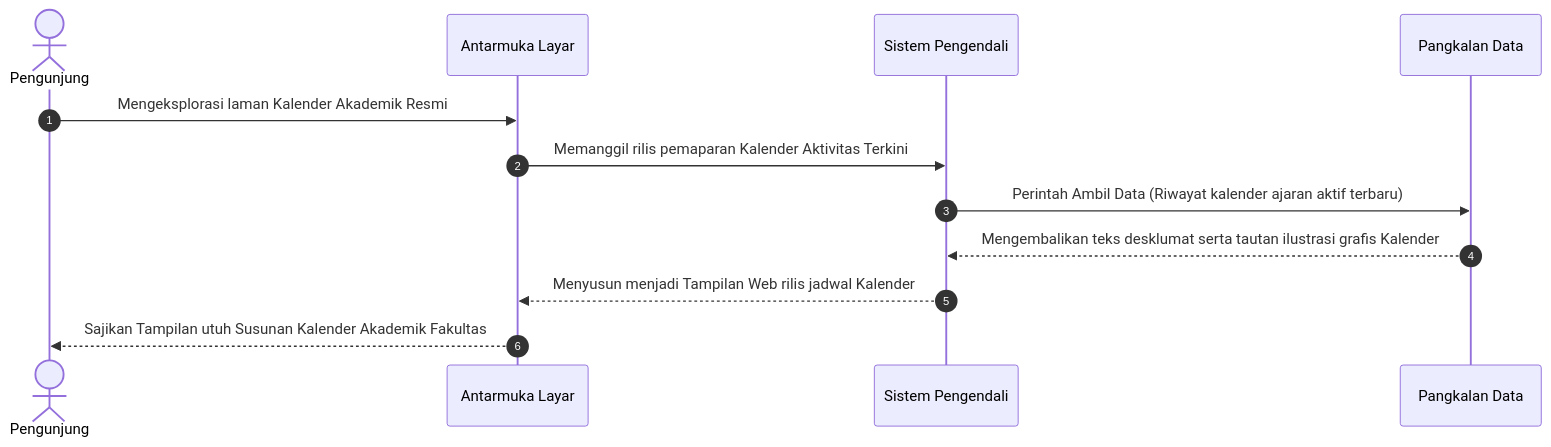
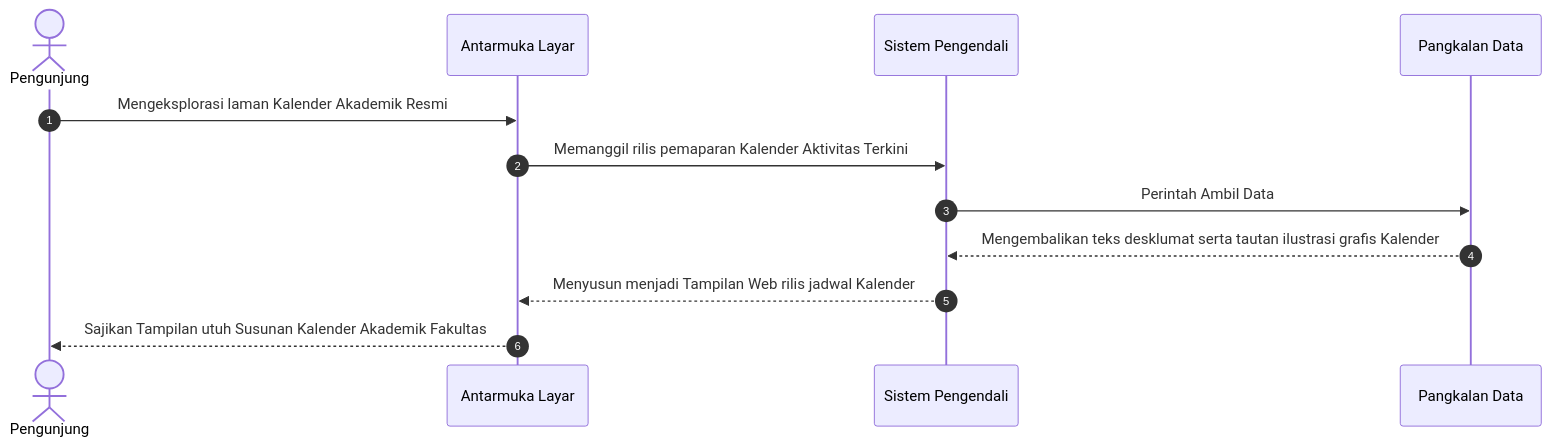
Diagram 12 of 39 in docs/02_DIAGRAM_URUTAN_SEQUENCE.md (arbain-dev/Web_fikom), drawn with Mermaid before and after one commit. The commit also changed other lines of this file, not shown here.

````diff
--- a/docs/02_DIAGRAM_URUTAN_SEQUENCE.md
+++ b/docs/02_DIAGRAM_URUTAN_SEQUENCE.md
@@ -290,17 +290,17 @@
 ```mermaid
 sequenceDiagram
     autonumber
     actor User as Pengunjung
     participant Frontend as Antarmuka Layar
     participant Backend as Sistem Pengendali
     participant Database as Pangkalan Data
 
     User->>Frontend: Mengeksplorasi laman Kalender Akademik Resmi
     Frontend->>Backend: Memanggil rilis pemaparan Kalender Aktivitas Terkini
     
-    Backend->>Database: Perintah Ambil Data (Riwayat kalender ajaran aktif terbaru)
+    Backend->>Database: Perintah Ambil Data
     Database-->>Backend: Mengembalikan teks desklumat serta tautan ilustrasi grafis Kalender
     
     Backend-->>Frontend: Menyusun menjadi Tampilan Web rilis jadwal Kalender
     Frontend-->>User: Sajikan Tampilan utuh Susunan Kalender Akademik Fakultas
 ```
````
